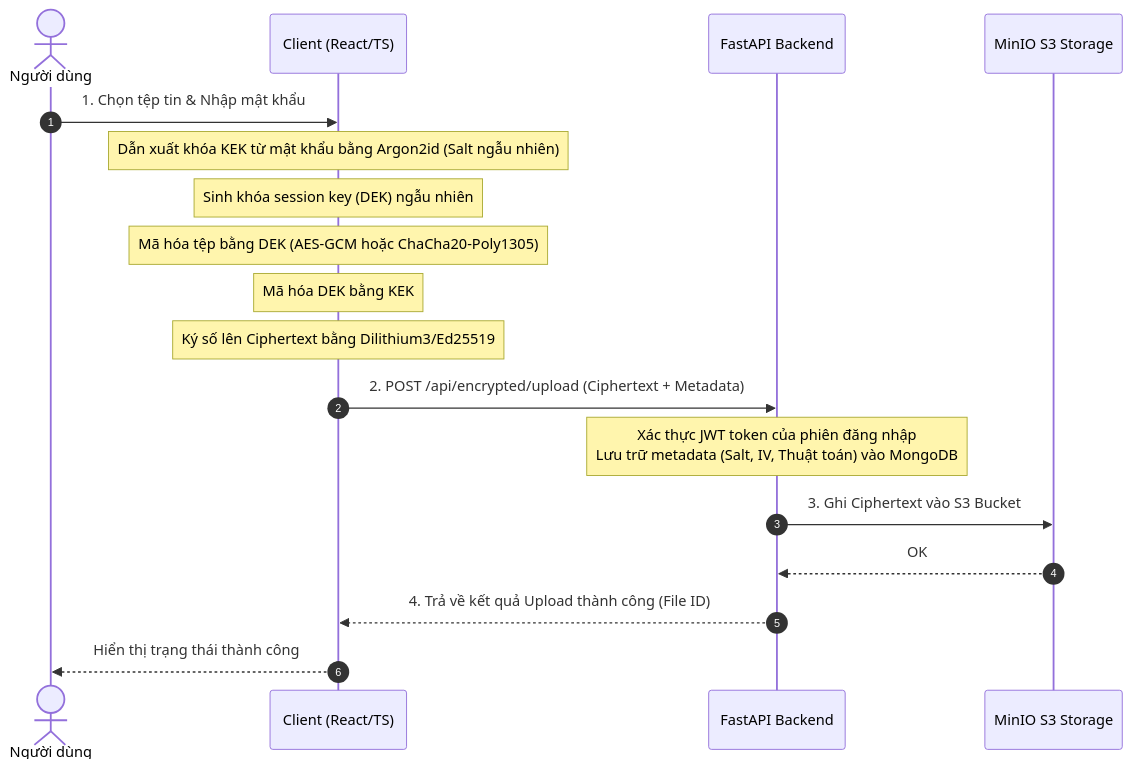
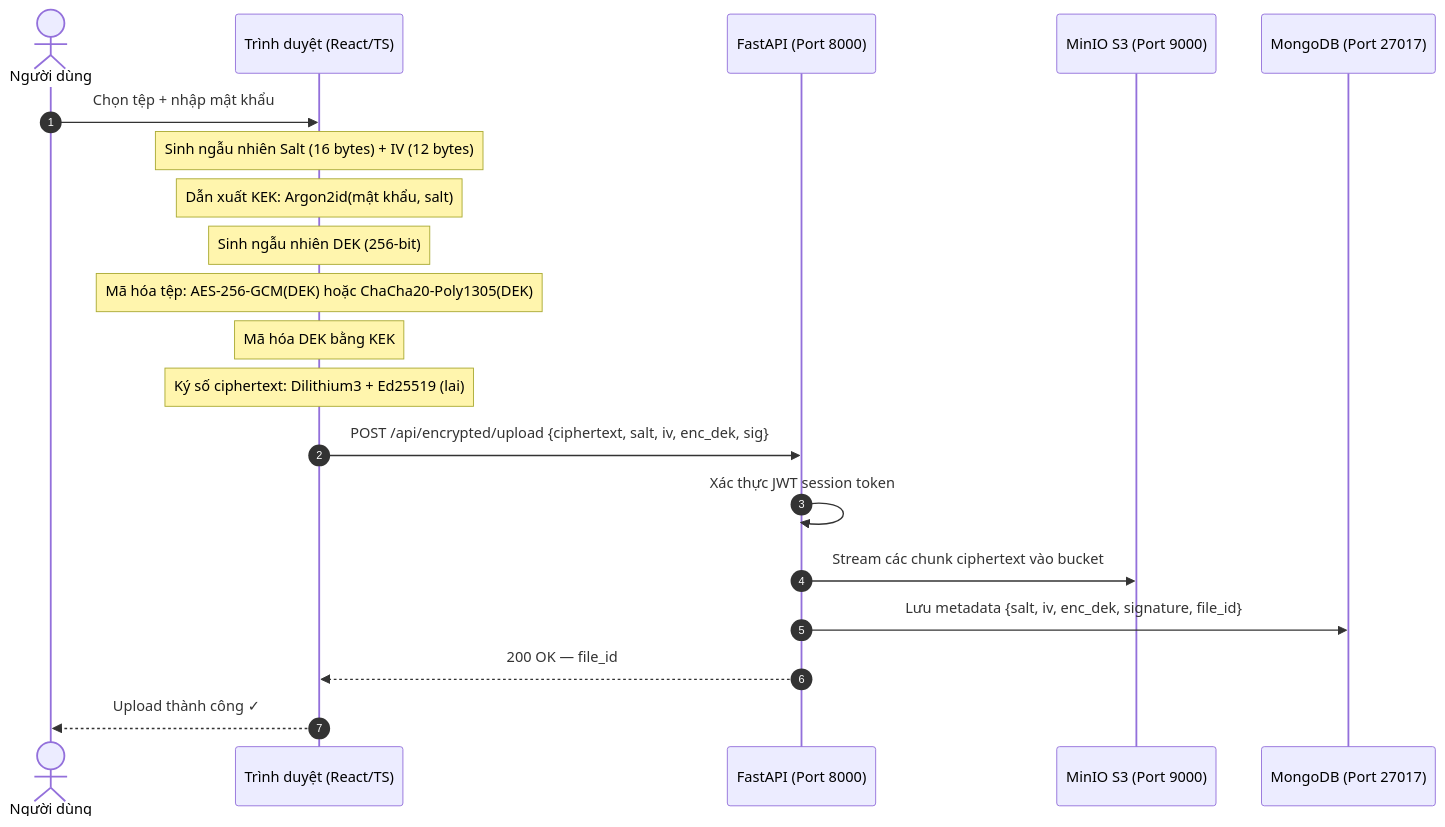
Before and after one commit to pthanhbinh1654/zeroknowledge_encryption: the second of 3 diagrams in README-vi.md, drawn with Mermaid. The commit also changed other lines of this file and 1 other file, not shown here.

````diff
--- a/README-vi.md
+++ b/README-vi.md
@@ -63,21 +87,23 @@
 ```mermaid
 sequenceDiagram
     autonumber
     actor User as Người dùng
-    participant Client as Client (React/TS)
-    participant Backend as FastAPI Backend
-    participant MinIO as MinIO S3 Storage
+    participant Browser as Trình duyệt (React/TS)
+    participant API as FastAPI (Port 8000)
+    participant MinIO as MinIO S3 (Port 9000)
+    participant DB as MongoDB (Port 27017)
 
-    User->>Client: 1. Chọn tệp tin & Nhập mật khẩu
-    Note over Client: Dẫn xuất khóa KEK từ mật khẩu bằng Argon2id (Salt ngẫu nhiên)
-    Note over Client: Sinh khóa session key (DEK) ngẫu nhiên
-    Note over Client: Mã hóa tệp bằng DEK (AES-GCM hoặc ChaCha20-Poly1305)
-    Note over Client: Mã hóa DEK bằng KEK
-    Note over Client: Ký số lên Ciphertext bằng Dilithium3/Ed25519
-    Client->>Backend: 2. POST /api/encrypted/upload (Ciphertext + Metadata)
-    Note over Backend: Xác thực JWT token của phiên đăng nhập<br/>Lưu trữ metadata (Salt, IV, Thuật toán) vào MongoDB
-    Backend->>MinIO: 3. Ghi Ciphertext vào S3 Bucket
-    MinIO-->>Backend: OK
-    Backend-->>Client: 4. Trả về kết quả Upload thành công (File ID)
-    Client-->>User: Hiển thị trạng thái thành công
+    User->>Browser: Chọn tệp + nhập mật khẩu
+    Note over Browser: Sinh ngẫu nhiên Salt (16 bytes) + IV (12 bytes)
+    Note over Browser: Dẫn xuất KEK: Argon2id(mật khẩu, salt)
+    Note over Browser: Sinh ngẫu nhiên DEK (256-bit)
+    Note over Browser: Mã hóa tệp: AES-256-GCM(DEK) hoặc ChaCha20-Poly1305(DEK)
+    Note over Browser: Mã hóa DEK bằng KEK
+    Note over Browser: Ký số ciphertext: Dilithium3 + Ed25519 (lai)
+    Browser->>API: POST /api/encrypted/upload {ciphertext, salt, iv, enc_dek, sig}
+    API->>API: Xác thực JWT session token
+    API->>MinIO: Stream các chunk ciphertext vào bucket
+    API->>DB: Lưu metadata {salt, iv, enc_dek, signature, file_id}
+    API-->>Browser: 200 OK — file_id
+    Browser-->>User: Upload thành công ✓
 ```
````
